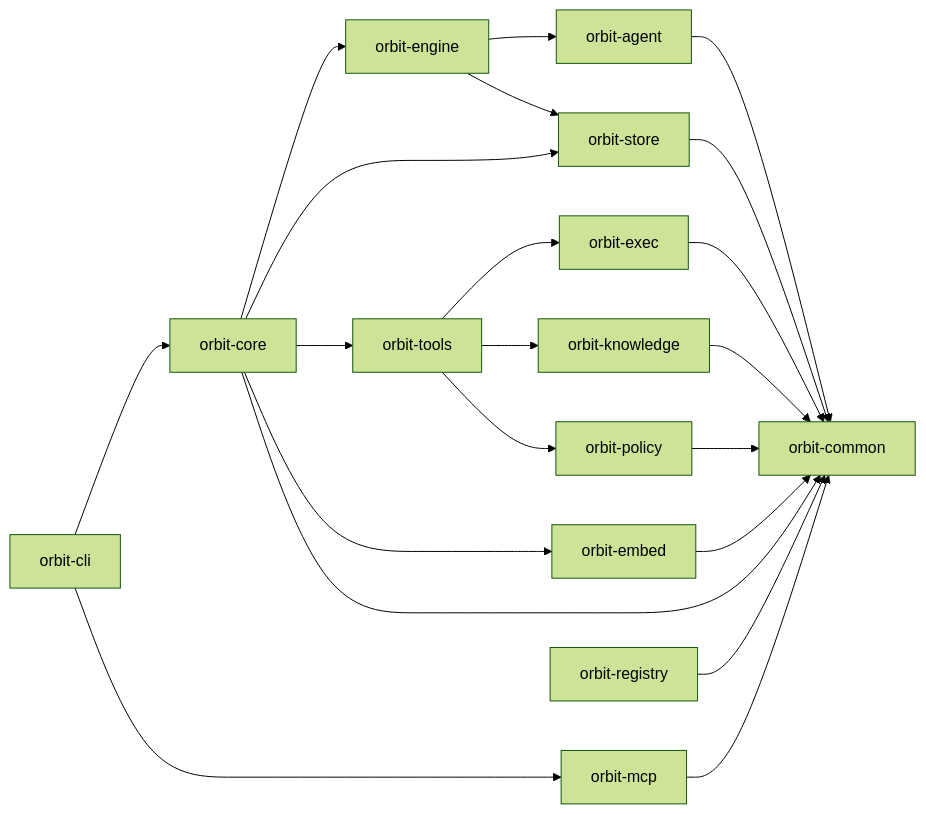
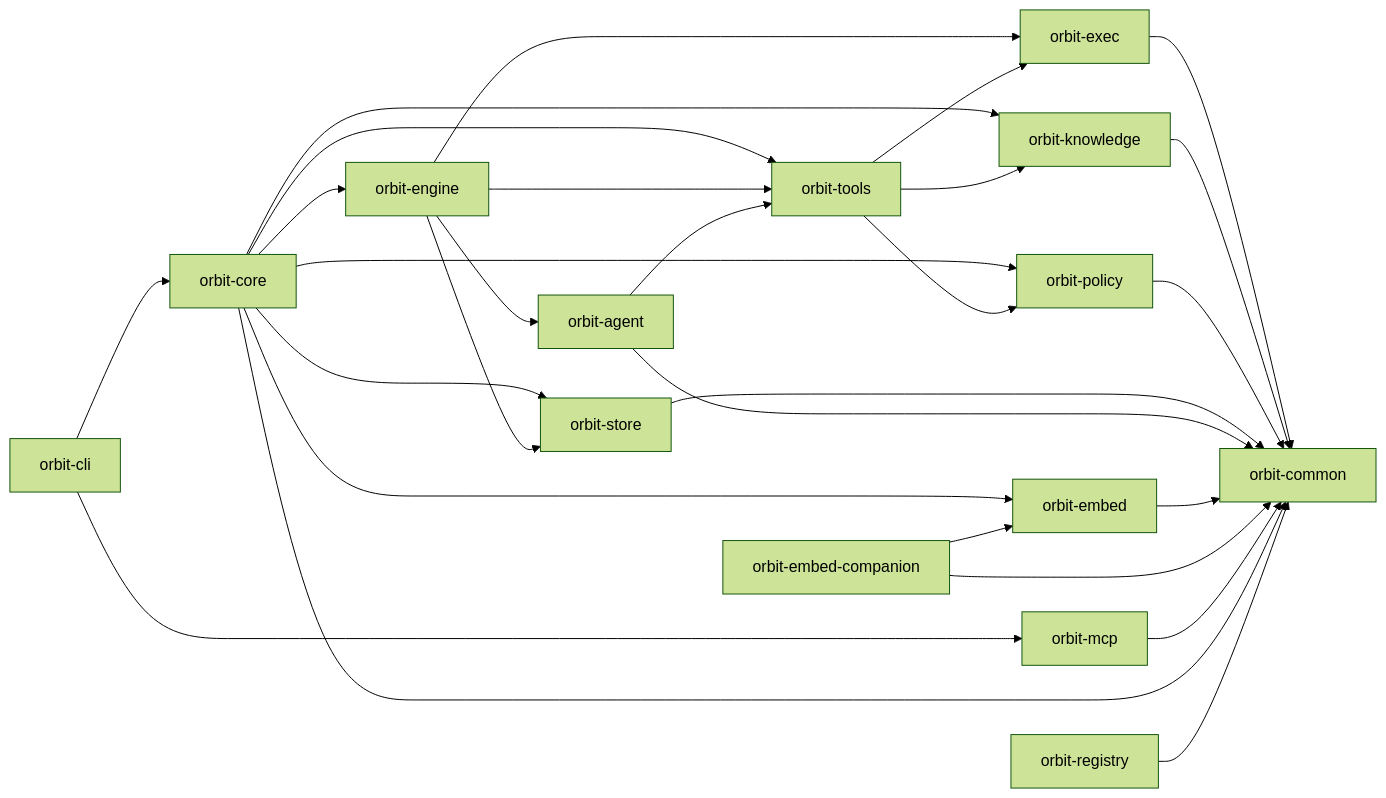
The diagram in ARCHITECTURE.md (danieljhkim/orbit), drawn with Mermaid (forest theme) before and after one commit. The commit also changed other lines of this file and 21 other files, not shown here.

Commit message:
[ORB-00006] Refresh architecture and design docs

````diff
--- a/ARCHITECTURE.md
+++ b/ARCHITECTURE.md
@@ -5,23 +5,30 @@
 ```mermaid
 flowchart LR
   CLI["orbit-cli"] --> Core["orbit-core"]
   CLI --> MCP["orbit-mcp"]
   Core --> Engine["orbit-engine"]
   Core --> Store["orbit-store"]
   Core --> Tools["orbit-tools"]
   Core --> Embed["orbit-embed"]
+  Core --> Knowledge["orbit-knowledge"]
+  Core --> Policy["orbit-policy"]
   Engine --> Agent["orbit-agent"]
   Engine --> Store
+  Engine --> Exec["orbit-exec"]
+  Engine --> Tools
+  Agent --> Tools
   Tools --> Exec["orbit-exec"]
-  Tools --> Knowledge["orbit-knowledge"]
-  Tools --> Policy["orbit-policy"]
+  Tools --> Knowledge
+  Tools --> Policy
   Exec --> Common["orbit-common"]
   Knowledge --> Common
   Policy --> Common
   Store --> Common
   Agent --> Common
   Embed --> Common
+  EmbedCompanion["orbit-embed-companion"] --> Embed
+  EmbedCompanion --> Common
   MCP --> Common
   Core --> Common
   Registry["orbit-registry"] --> Common
 ```
````
